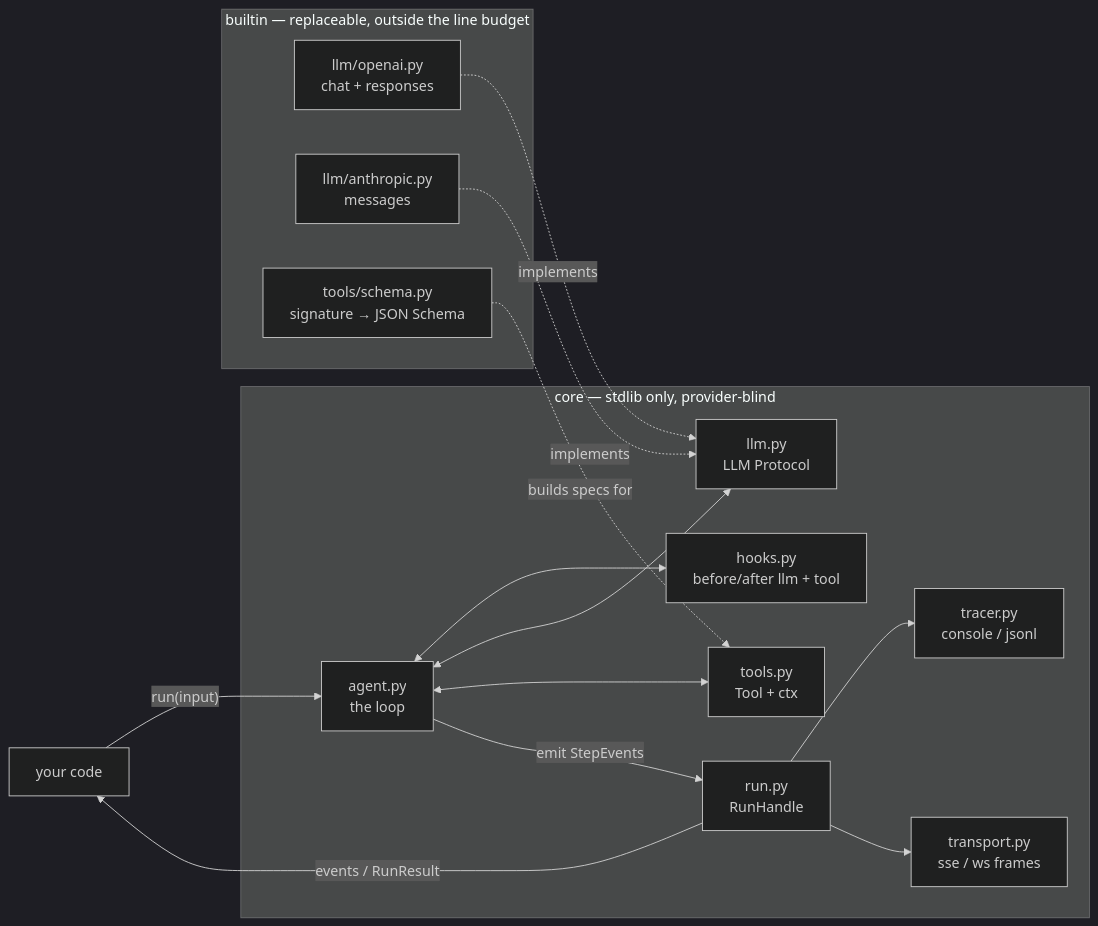
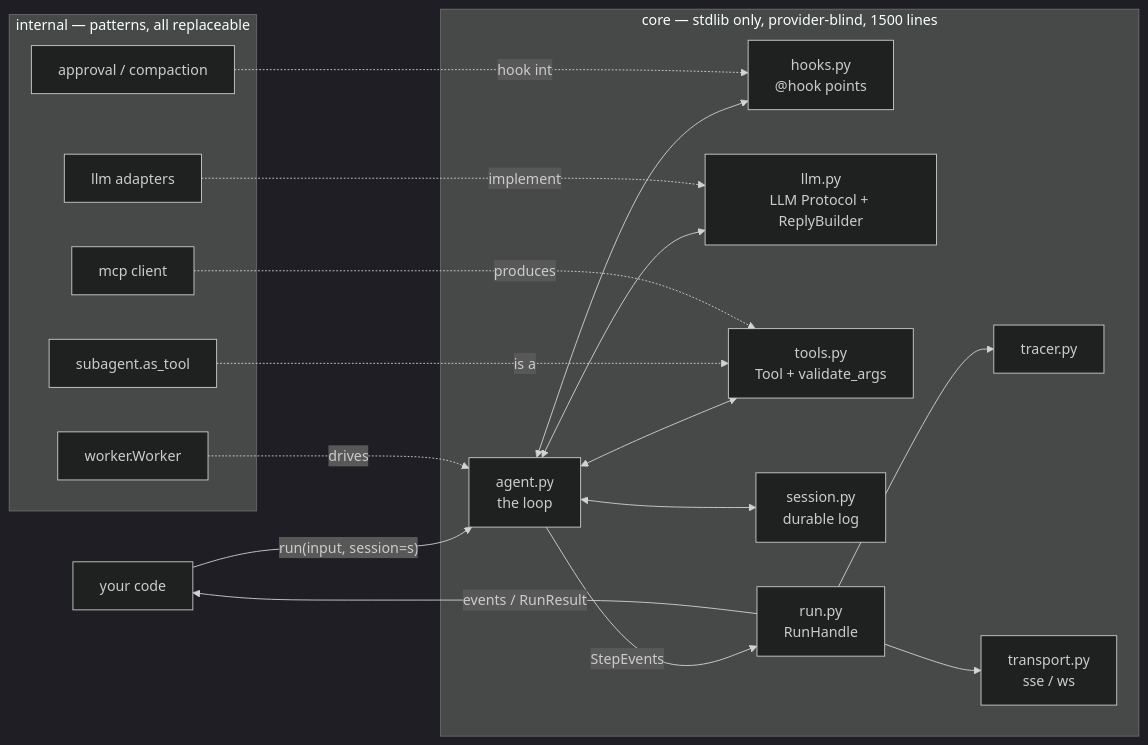
Before and after one commit to definableai/stellar: the diagram in README.md, drawn with Mermaid (dark theme). The commit also changed other lines of this file and 7 other files, not shown here.

````diff
--- a/README.md
+++ b/README.md
@@ -20,22 +33,25 @@
 ```mermaid
 flowchart LR
-    U[your code] -->|"run(input)"| A
+    U[your code] -->|"run(input, session=s)"| A
 
-    subgraph CORE["core — stdlib only, provider-blind"]
+    subgraph CORE["core — stdlib only, provider-blind, 1500 lines"]
         A["agent.py<br/>the loop"]
-        A <--> HK["hooks.py<br/>before/after llm + tool"]
-        A <--> LP["llm.py<br/>LLM Protocol"]
-        A <--> TL["tools.py<br/>Tool + ctx"]
-        A -->|"emit StepEvents"| RH["run.py<br/>RunHandle"]
-        RH --> TR["tracer.py<br/>console / jsonl"]
-        RH --> TP["transport.py<br/>sse / ws frames"]
+        A <--> HK["hooks.py<br/>@hook points"]
+        A <--> LP["llm.py<br/>LLM Protocol + ReplyBuilder"]
+        A <--> TL["tools.py<br/>Tool + validate_args"]
+        A <--> SS["session.py<br/>durable log"]
+        A -->|StepEvents| RH["run.py<br/>RunHandle"]
+        RH --> TR["tracer.py"]
+        RH --> TP["transport.py<br/>sse / ws"]
     end
 
-    subgraph BUILTIN["builtin — replaceable, outside the line budget"]
-        OA["llm/openai.py<br/>chat + responses"] -.implements.-> LP
-        AN["llm/anthropic.py<br/>messages"] -.implements.-> LP
-        SC["tools/schema.py<br/>signature → JSON Schema"] -.builds specs for.-> TL
+    subgraph INTERNAL["internal — patterns, all replaceable"]
+        OA["llm adapters"] -.implement.-> LP
+        AP["approval / compaction"] -.hook into.-> HK
+        SB["subagent.as_tool"] -.is a.-> TL
+        WK["worker.Worker"] -.drives.-> A
+        MC["mcp client"] -.produces.-> TL
     end
 
     RH -->|"events / RunResult"| U
 ```
````
